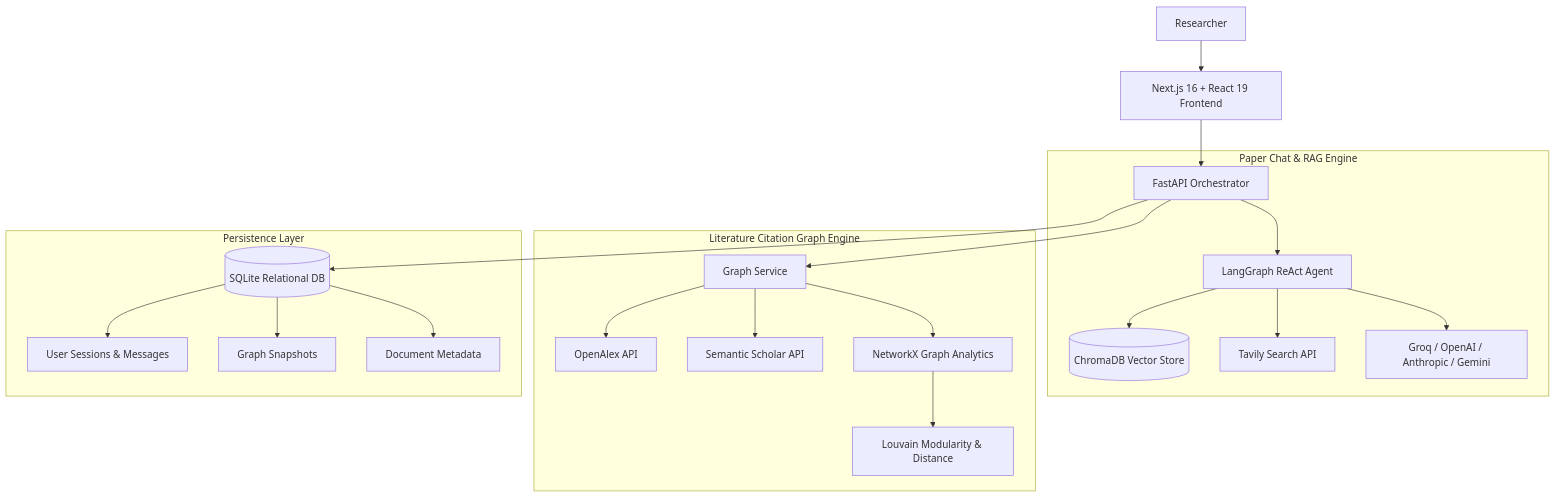
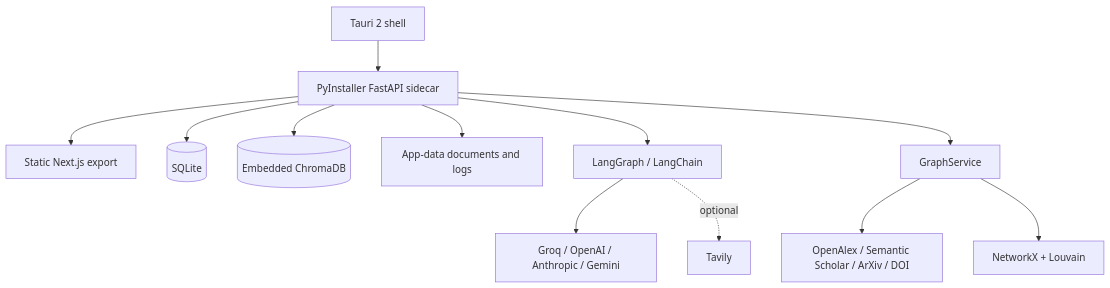
Before and after one commit to Shreyas8905/resector: the diagram in PROJECT.md, drawn with Mermaid. The commit also changed other lines of this file and 3 other files, not shown here.

````diff
--- a/PROJECT.md
+++ b/PROJECT.md
@@ -61,27 +93,14 @@
 ```mermaid
 graph TD
-    User[Researcher] --> Frontend[Next.js 16 + React 19 Frontend]
-    Frontend --> API[FastAPI Orchestrator]
-    
-    subgraph "Paper Chat & RAG Engine"
-        API --> RAG[LangGraph ReAct Agent]
-        RAG --> ChromaDB[(ChromaDB Vector Store)]
-        RAG --> Tavily[Tavily Search API]
-        RAG --> LLMs[Groq / OpenAI / Anthropic / Gemini]
-    end
-
-    subgraph "Literature Citation Graph Engine"
-        API --> GraphService[Graph Service]
-        GraphService --> OpenAlex[OpenAlex API]
-        GraphService --> S2[Semantic Scholar API]
-        GraphService --> NetworkX[NetworkX Graph Analytics]
-        NetworkX --> Louvain[Louvain Modularity & Distance]
-    end
-
-    subgraph "Persistence Layer"
-        API --> SQLite[(SQLite Relational DB)]
-        SQLite --> UserSessions[User Sessions & Messages]
-        SQLite --> GraphSnapshots[Graph Snapshots]
-        SQLite --> Documents[Document Metadata]
-    end
+    Shell[Tauri 2 shell] --> Backend[PyInstaller FastAPI sidecar]
+    Backend --> Frontend[Static Next.js export]
+    Backend --> DB[(SQLite)]
+    Backend --> Vector[(Embedded ChromaDB)]
+    Backend --> Docs[App-data documents and logs]
+    Backend --> Agent[LangGraph / LangChain]
+    Agent --> Providers[Groq / OpenAI / Anthropic / Gemini]
+    Agent -. optional .-> Tavily[Tavily]
+    Backend --> GraphSvc[GraphService]
+    GraphSvc --> Scholarly[OpenAlex / Semantic Scholar / ArXiv / DOI]
+    GraphSvc --> NetworkX[NetworkX + Louvain]
 ```
````
